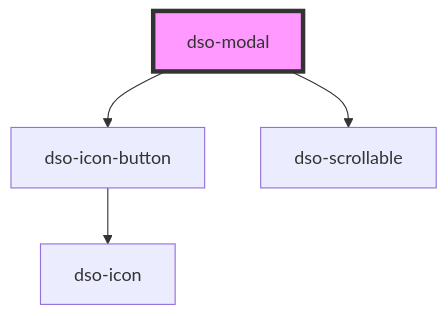
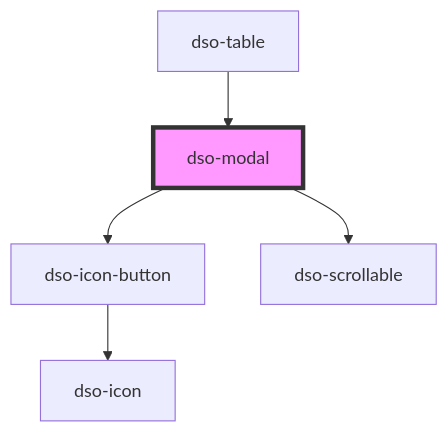
Before and after one commit to dso-toolkit/dso-toolkit: the diagram in packages/core/src/components/modal/readme.md, drawn with Mermaid. The commit also changed other lines of this file and 25 other files, not shown here.

````diff
--- a/packages/core/src/components/modal/readme.md
+++ b/packages/core/src/components/modal/readme.md
@@ -35,7 +39,8 @@
 ```mermaid
 graph TD;
   dso-modal --> dso-icon-button
   dso-modal --> dso-scrollable
   dso-icon-button --> dso-icon
+  dso-table --> dso-modal
   style dso-modal fill:#f9f,stroke:#333,stroke-width:4px
 ```
````
